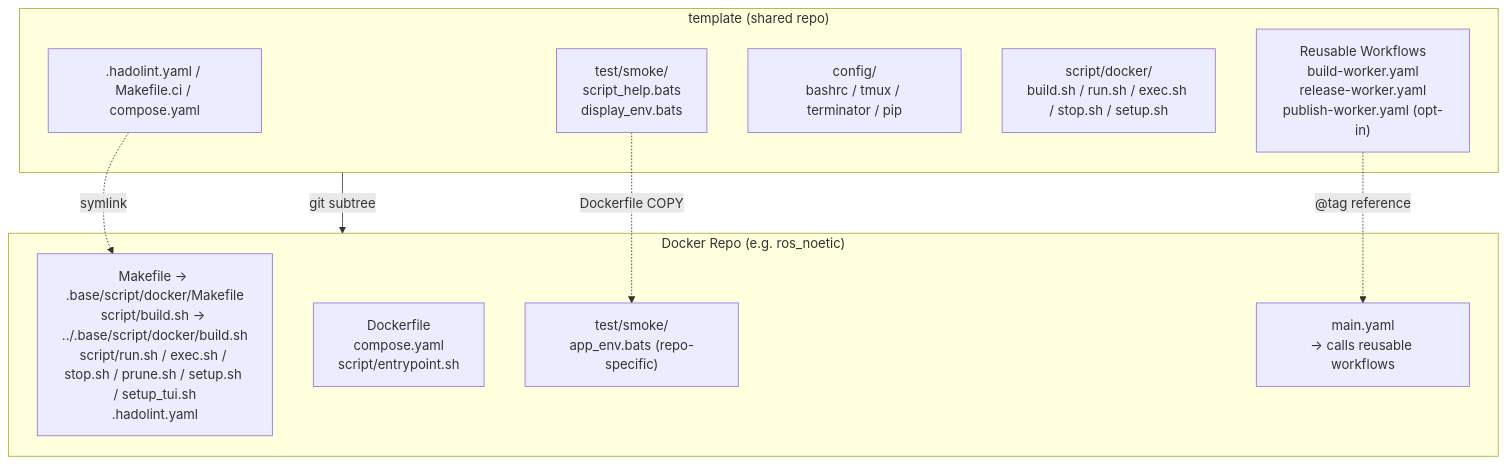
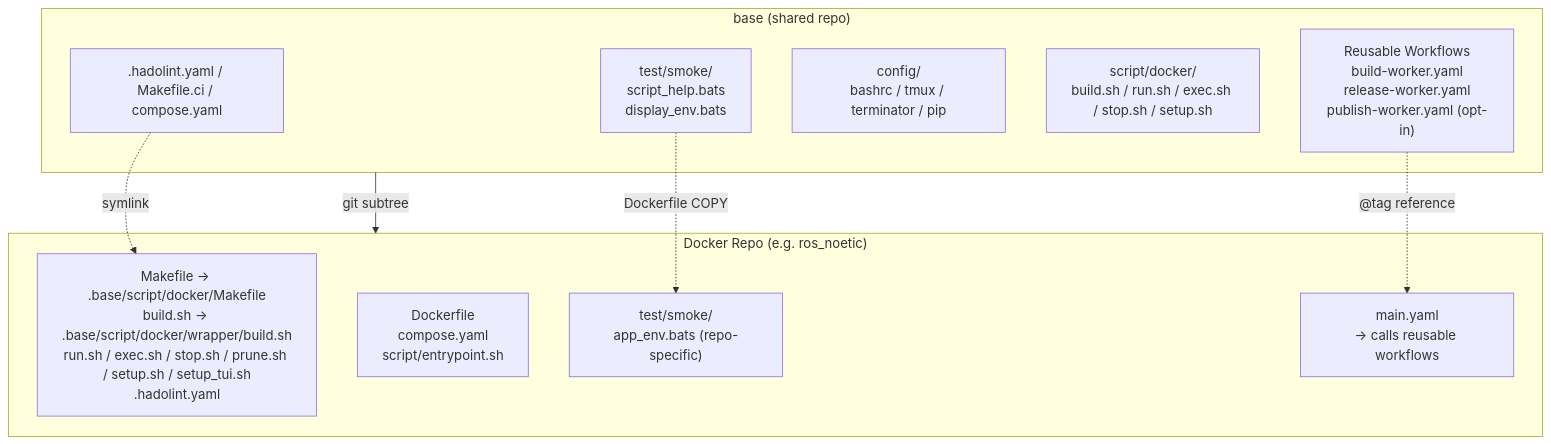
The first of 2 diagrams in README.md (ycpss91255-docker/base), drawn with Mermaid before and after one commit. The commit also changed other lines of this file and 4 other files, not shown here.

````diff
--- a/README.md
+++ b/README.md
@@ -56,22 +56,22 @@
 ```mermaid
 graph TB
-    subgraph template["template (shared repo)"]
+    subgraph base["base (shared repo)"]
         scripts[".hadolint.yaml / Makefile.ci / compose.yaml"]
         smoke["test/smoke/<br/>script_help.bats<br/>display_env.bats"]
         config["config/<br/>bashrc / tmux / terminator / pip"]
         mgmt["script/docker/<br/>build.sh / run.sh / exec.sh / stop.sh / setup.sh"]
         workflows["Reusable Workflows<br/>build-worker.yaml<br/>release-worker.yaml<br/>publish-worker.yaml (opt-in)"]
     end
 
     subgraph consumer["Docker Repo (e.g. ros_noetic)"]
-        symlinks["Makefile → .base/script/docker/Makefile<br/>script/build.sh → ../.base/script/docker/build.sh<br/>script/run.sh / exec.sh / stop.sh / prune.sh / setup.sh / setup_tui.sh<br/>.hadolint.yaml"]
+        symlinks["Makefile → .base/script/docker/Makefile<br/>build.sh → .base/script/docker/wrapper/build.sh<br/>run.sh / exec.sh / stop.sh / prune.sh / setup.sh / setup_tui.sh<br/>.hadolint.yaml"]
         dockerfile["Dockerfile<br/>compose.yaml<br/>script/entrypoint.sh"]
         repo_test["test/smoke/<br/>app_env.bats (repo-specific)"]
         main_yaml["main.yaml<br/>→ calls reusable workflows"]
     end
 
-    template -- "git subtree" --> consumer
+    base -- "git subtree" --> consumer
     scripts -. symlink .-> symlinks
     smoke -. "Dockerfile COPY" .-> repo_test
     workflows -. "@tag reference" .-> main_yaml
 ```
````
